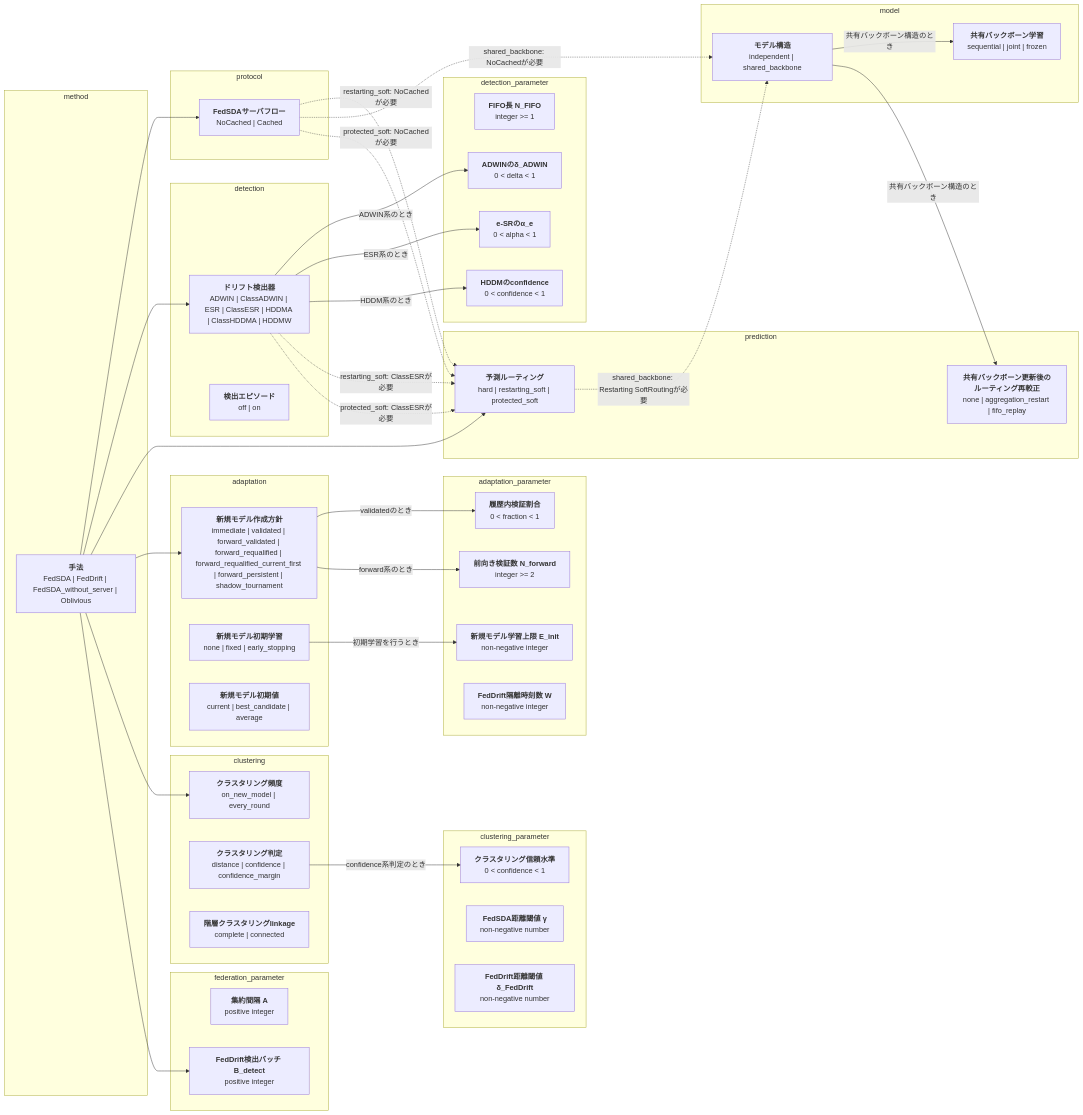
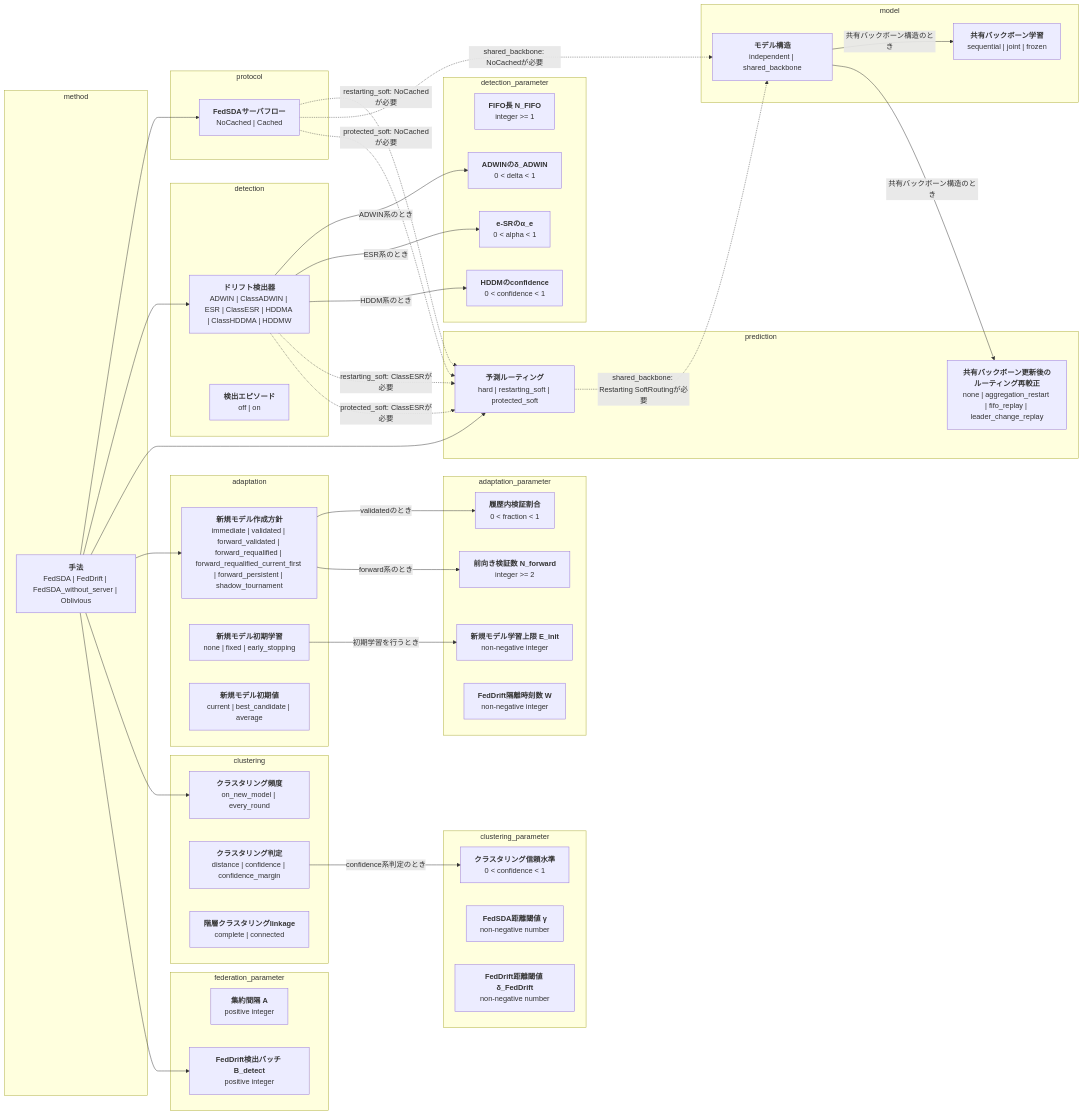
Before and after one commit to shimmen3141/FedSDA-experiment: the first of 2 diagrams in docs/options.md, drawn with Mermaid. The commit also changed 10 other files, not shown here.

Commit message:
Add selective routing recalibration

````diff
--- a/docs/options.md
+++ b/docs/options.md
@@ -18,73 +18,73 @@
 ```mermaid
 flowchart LR
   subgraph group_method[method]
     method["<b>手法</b><br/>FedSDA | FedDrift | FedSDA_without_server | Oblivious"]
   end
   subgraph group_protocol[protocol]
     server_flow["<b>FedSDAサーバフロー</b><br/>NoCached | Cached"]
   end
   subgraph group_detection[detection]
     detector["<b>ドリフト検出器</b><br/>ADWIN | ClassADWIN | ESR | ClassESR | HDDMA | ClassHDDMA | HDDMW"]
     detection_episodes["<b>検出エピソード</b><br/>off | on"]
   end
   subgraph group_prediction[prediction]
     routing["<b>予測ルーティング</b><br/>hard | restarting_soft | protected_soft"]
-    shared_backbone_routing_recalibration["<b>共有バックボーン更新後のルーティング再較正</b><br/>none | aggregation_restart | fifo_replay"]
+    shared_backbone_routing_recalibration["<b>共有バックボーン更新後のルーティング再較正</b><br/>none | aggregation_restart | fifo_replay | leader_change_replay"]
   end
   subgraph group_model[model]
     model_architecture["<b>モデル構造</b><br/>independent | shared_backbone"]
     shared_backbone_training["<b>共有バックボーン学習</b><br/>sequential | joint | frozen"]
   end
   subgraph group_adaptation[adaptation]
     new_model_creation_policy["<b>新規モデル作成方針</b><br/>immediate | validated | forward_validated | forward_requalified | forward_requalified_current_first | forward_persistent | shadow_tournament"]
     new_model_training["<b>新規モデル初期学習</b><br/>none | fixed | early_stopping"]
     new_model_initialization["<b>新規モデル初期値</b><br/>current | best_candidate | average"]
   end
   subgraph group_adaptation_parameter[adaptation_parameter]
     new_model_epochs["<b>新規モデル学習上限 E_init</b><br/>non-negative integer"]
     new_model_validation_fraction["<b>履歴内検証割合</b><br/>0 < fraction < 1"]
     new_model_forward_validation_samples["<b>前向き検証数 N_forward</b><br/>integer >= 2"]
     feddrift_isolation_timesteps["<b>FedDrift隔離時刻数 W</b><br/>non-negative integer"]
   end
   subgraph group_detection_parameter[detection_parameter]
     fifo_size["<b>FIFO長 N_FIFO</b><br/>integer >= 1"]
     adwin_delta["<b>ADWINのδ_ADWIN</b><br/>0 < delta < 1"]
     e_detector_alpha["<b>e-SRのα_e</b><br/>0 < alpha < 1"]
     hddm_drift_confidence["<b>HDDMのconfidence</b><br/>0 < confidence < 1"]
   end
   subgraph group_clustering[clustering]
     clustering_policy["<b>クラスタリング頻度</b><br/>on_new_model | every_round"]
     clustering_decision["<b>クラスタリング判定</b><br/>distance | confidence | confidence_margin"]
     cluster_linkage["<b>階層クラスタリングlinkage</b><br/>complete | connected"]
   end
   subgraph group_clustering_parameter[clustering_parameter]
     clustering_confidence["<b>クラスタリング信頼水準</b><br/>0 < confidence < 1"]
     fedsda_distance_threshold["<b>FedSDA距離閾値 γ</b><br/>non-negative number"]
     feddrift_distance_threshold["<b>FedDrift距離閾値 δ_FedDrift</b><br/>non-negative number"]
   end
   subgraph group_federation_parameter[federation_parameter]
     aggregation_interval["<b>集約間隔 A</b><br/>positive integer"]
     feddrift_detection_batch_size["<b>FedDrift検出バッチ B_detect</b><br/>positive integer"]
   end
   model_architecture -->|"共有バックボーン構造のとき"| shared_backbone_training
   model_architecture -->|"共有バックボーン構造のとき"| shared_backbone_routing_recalibration
   new_model_training -->|"初期学習を行うとき"| new_model_epochs
   new_model_creation_policy -->|"validatedのとき"| new_model_validation_fraction
   new_model_creation_policy -->|"forward系のとき"| new_model_forward_validation_samples
   detector -->|"ADWIN系のとき"| adwin_delta
   detector -->|"ESR系のとき"| e_detector_alpha
   detector -->|"HDDM系のとき"| hddm_drift_confidence
   clustering_decision -->|"confidence系判定のとき"| clustering_confidence
   server_flow -.->|"restarting_soft: NoCachedが必要"| routing
   detector -.->|"restarting_soft: ClassESRが必要"| routing
   server_flow -.->|"shared_backbone: NoCachedが必要"| model_architecture
   routing -.->|"shared_backbone: Restarting SoftRoutingが必要"| model_architecture
   server_flow -.->|"protected_soft: NoCachedが必要"| routing
   detector -.->|"protected_soft: ClassESRが必要"| routing
   method --> server_flow
   method --> detector
   method --> routing
   method --> new_model_creation_policy
   method --> clustering_policy
   method --> feddrift_detection_batch_size
 ```
````
